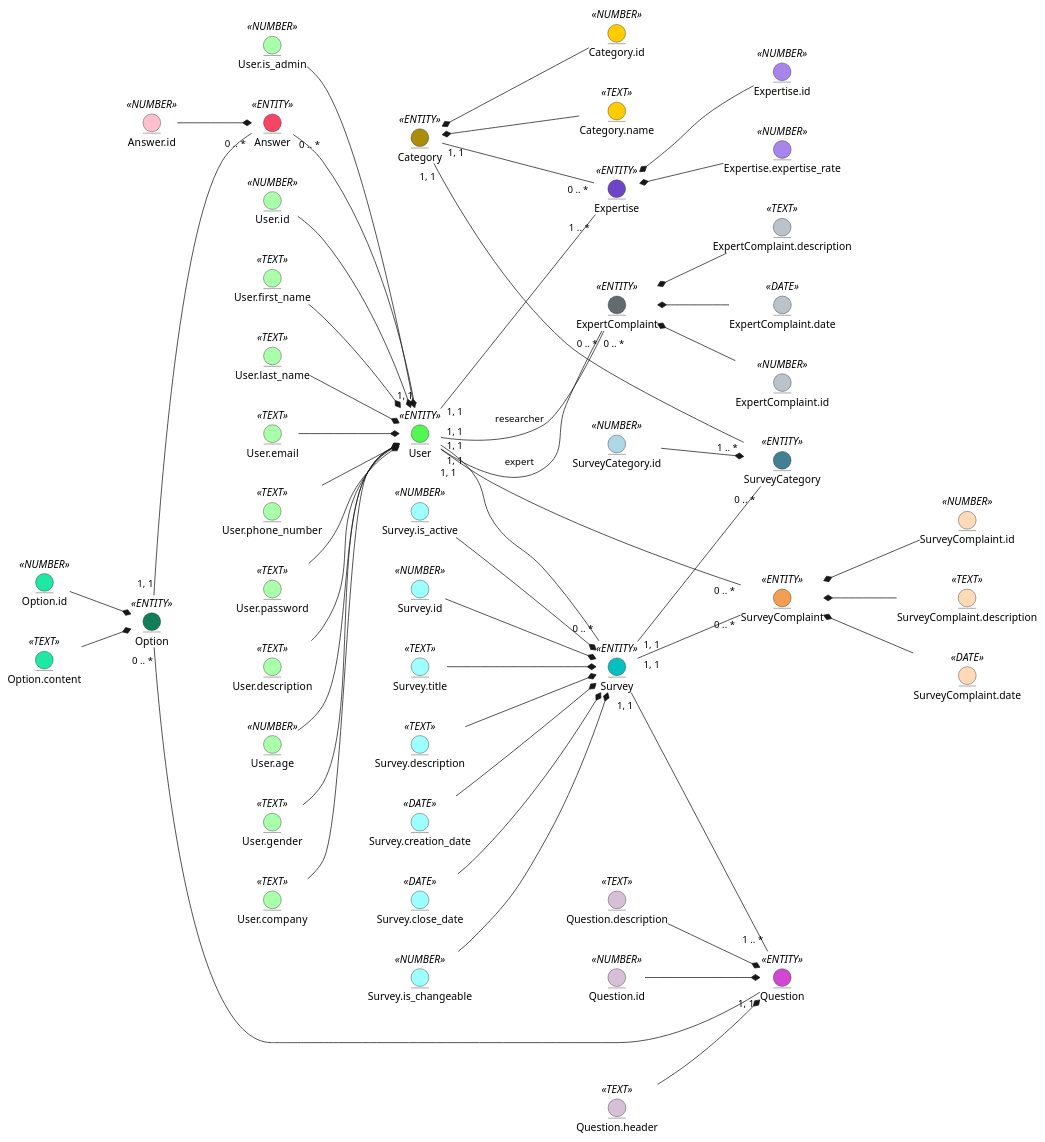
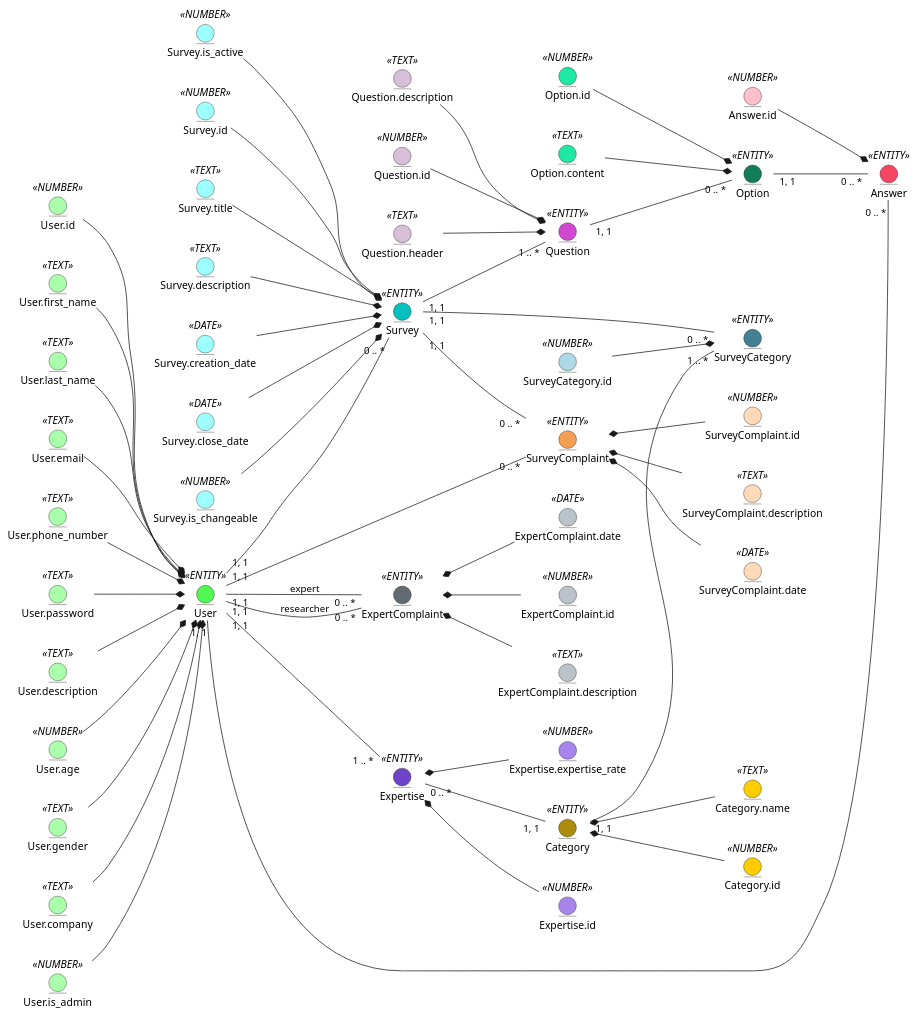
The first of 2 diagrams in docs/design.md (generalmaks/db_labs), drawn with PlantUML before and after one commit.

Commit message:
Update business object model layout

````diff
--- a/docs/design.md
+++ b/docs/design.md
@@ -116,19 +116,19 @@
 SurveyCategory.id --* SurveyCategory
 
 
-User "1, 1" -d- "0 .. *" Survey
-User "1, 1" -d- "0 .. *" ExpertComplaint :expert
-Survey "1, 1" -d- "1 .. *" Question
-Survey "1, 1" -d- "0 .. *" SurveyCategory
+User "1, 1" -- "0 .. *" Survey
+User "1, 1" -- "0 .. *" ExpertComplaint :expert
+Survey "1, 1" -- "1 .. *" Question
+Survey "1, 1" -- "0 .. *" SurveyCategory
 Category "1, 1" -- "1 .. *" SurveyCategory
-Survey "1, 1" -d- "0 .. *" SurveyComplaint
-Question "1, 1" -u- "0 .. *" Option
-Option "1, 1" -d- "0 .. *" Answer
+Survey "1, 1" -- "0 .. *" SurveyComplaint
+Question "1, 1" -- "0 .. *" Option
+Option "1, 1" -- "0 .. *" Answer
 Answer "0 .. *" -d- "1, 1" User
-User "1, 1" -d- "0 .. *" SurveyComplaint
+User "1, 1" -- "0 .. *" SurveyComplaint
 ExpertComplaint "0 .. *" -u- "1, 1" User :researcher
 User "1, 1" -d- "1 .. *" Expertise
-Expertise "0 .. *" -u- "1, 1" Category
+Expertise "0 .. *" -- "1, 1" Category
 
 @enduml
 ```
````
